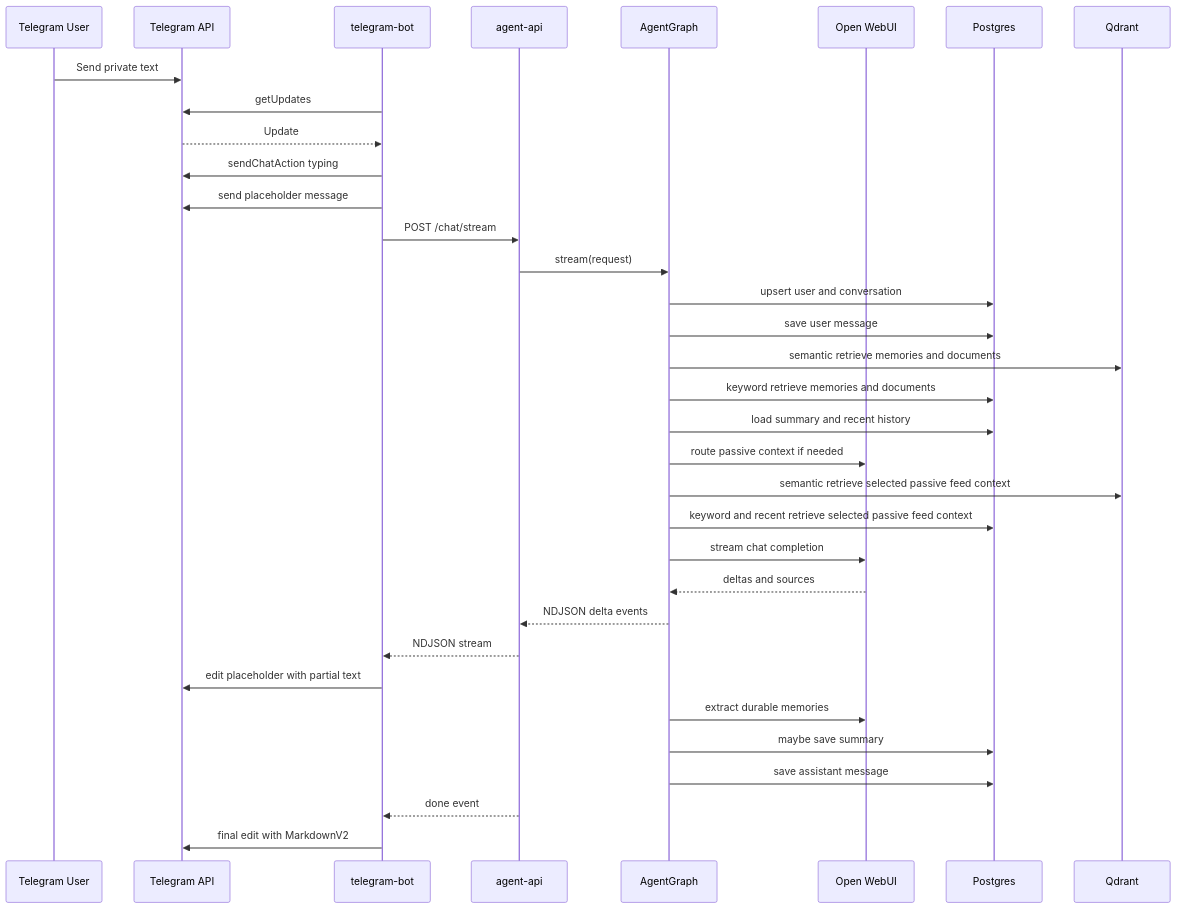
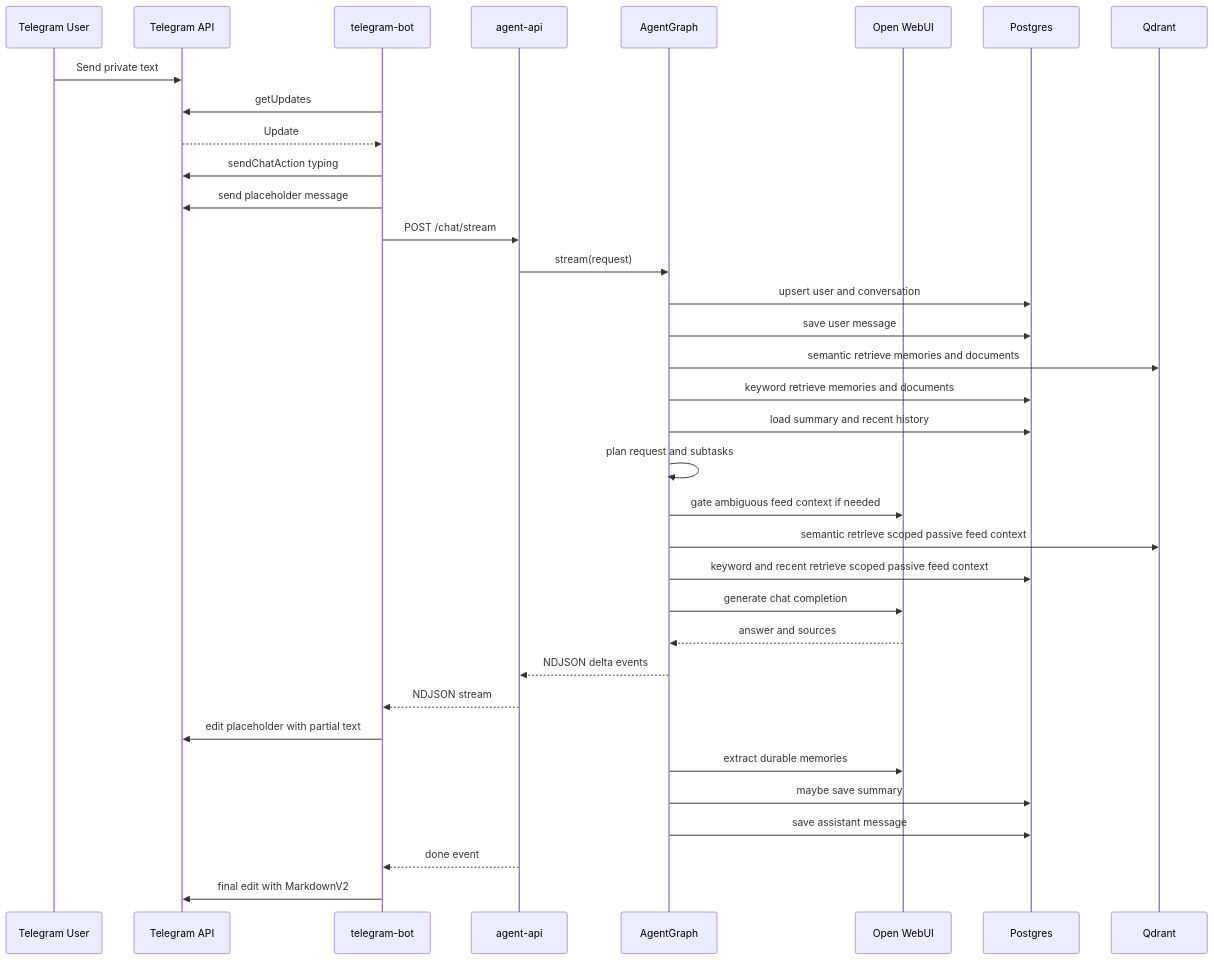
One commit to AlessiOrl/Codee_agent changed the second of 5 diagrams in IMPLEMENTATION.md. Above: the diagram before and after it, drawn with Mermaid. The commit also changed other lines of this file and 8 other files, not shown here.

Commit message:
feat: add external fact web search configuration and context gate settings + real agentic behaviour v3

````diff
--- a/IMPLEMENTATION.md
+++ b/IMPLEMENTATION.md
@@ -100,37 +100,38 @@
 ```mermaid
 sequenceDiagram
     participant U as Telegram User
     participant T as Telegram API
     participant B as telegram-bot
     participant A as agent-api
     participant G as AgentGraph
     participant O as Open WebUI
     participant P as Postgres
     participant Q as Qdrant
 
     U->>T: Send private text
     B->>T: getUpdates
     T-->>B: Update
     B->>T: sendChatAction typing
     B->>T: send placeholder message
     B->>A: POST /chat/stream
     A->>G: stream(request)
     G->>P: upsert user and conversation
     G->>P: save user message
     G->>Q: semantic retrieve memories and documents
     G->>P: keyword retrieve memories and documents
     G->>P: load summary and recent history
-    G->>O: route passive context if needed
-    G->>Q: semantic retrieve selected passive feed context
-    G->>P: keyword and recent retrieve selected passive feed context
-    G->>O: stream chat completion
-    O-->>G: deltas and sources
+    G->>G: plan request and subtasks
+    G->>O: gate ambiguous feed context if needed
+    G->>Q: semantic retrieve scoped passive feed context
+    G->>P: keyword and recent retrieve scoped passive feed context
+    G->>O: generate chat completion
+    O-->>G: answer and sources
     G-->>A: NDJSON delta events
     A-->>B: NDJSON stream
     B->>T: edit placeholder with partial text
     G->>O: extract durable memories
     G->>P: maybe save summary
     G->>P: save assistant message
     A-->>B: done event
     B->>T: final edit with MarkdownV2
 ```
````
